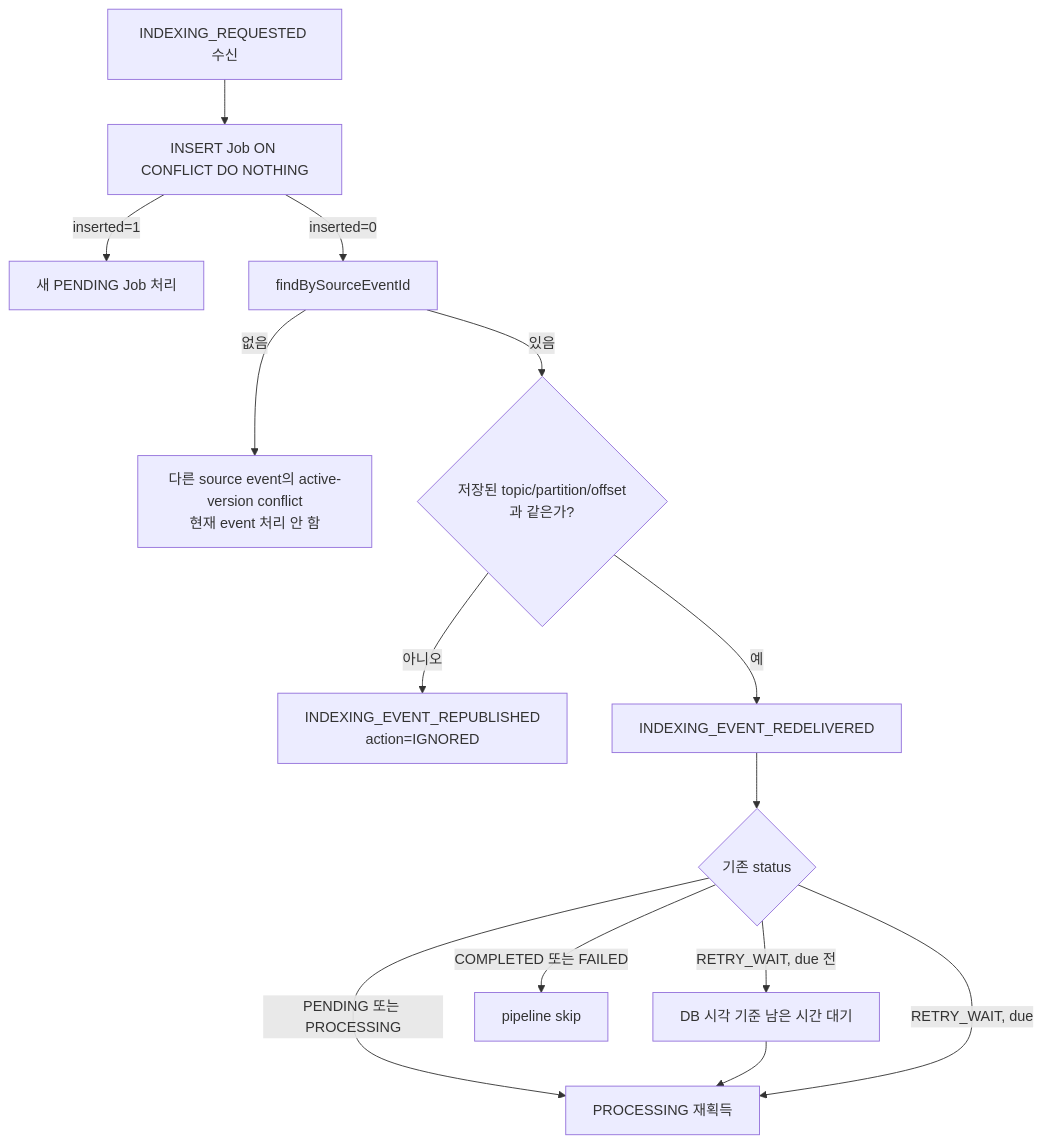
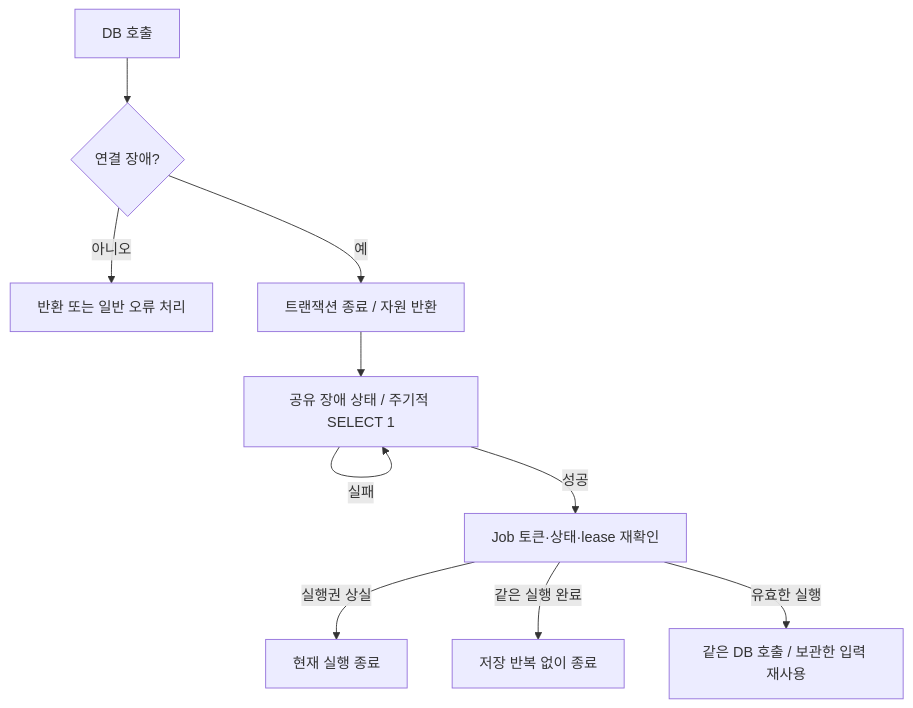
The diagram in docs/FAILURE_HANDLING.md (mash-up-kr/spr1n6-osscontest-worker), drawn with Mermaid before and after one commit. The commit also changed other lines of this file and 45 other files, not shown here.

````diff
--- a/docs/FAILURE_HANDLING.md
+++ b/docs/FAILURE_HANDLING.md
@@ -186,16 +11,12 @@
 ```mermaid
 flowchart TD
-    R[INDEXING_REQUESTED 수신] --> I[INSERT Job ON CONFLICT DO NOTHING]
-    I -->|inserted=1| NEW[새 PENDING Job 처리]
-    I -->|inserted=0| F[findBySourceEventId]
-    F -->|없음| AV[다른 source event의 active-version conflict<br/>현재 event 처리 안 함]
-    F -->|있음| M{저장된 topic/partition/offset과 같은가?}
-    M -->|아니오| PUB[INDEXING_EVENT_REPUBLISHED<br/>action=IGNORED]
-    M -->|예| RED[INDEXING_EVENT_REDELIVERED]
-    RED --> S{기존 status}
-    S -->|PENDING 또는 PROCESSING| ACQ[PROCESSING 재획득]
-    S -->|RETRY_WAIT, due 전| WAIT[DB 시각 기준 남은 시간 대기]
-    WAIT --> ACQ
-    S -->|RETRY_WAIT, due| ACQ
-    S -->|COMPLETED 또는 FAILED| SKIP[pipeline skip]
+    C[DB 호출] --> F{연결 장애?}
+    F -->|아니오| RETURN[반환 또는 일반 오류 처리]
+    F -->|예| EXIT[트랜잭션 종료 / 자원 반환]
+    EXIT --> WAIT[공유 장애 상태 / 주기적 SELECT 1]
+    WAIT -->|실패| WAIT
+    WAIT -->|성공| OWN[Job 토큰·상태·lease 재확인]
+    OWN -->|실행권 상실| STOP[현재 실행 종료]
+    OWN -->|같은 실행 완료| DONE[저장 반복 없이 종료]
+    OWN -->|유효한 실행| RETRY[같은 DB 호출 / 보관한 입력 재사용]
 ```
````
